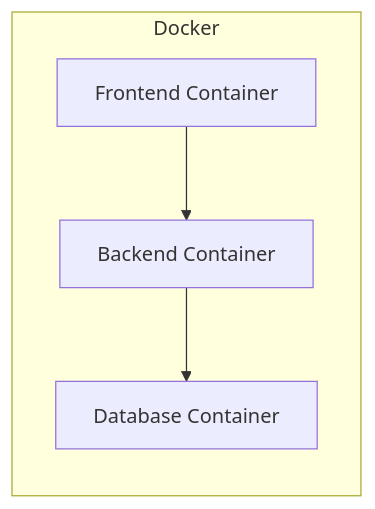
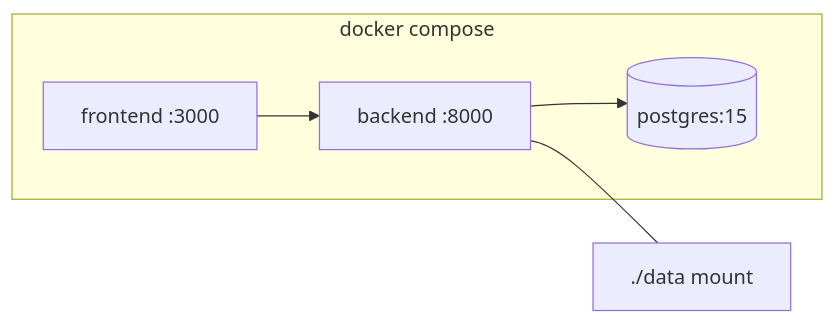
One commit to MinhNhatUet/7grass10wwind changed the second of 2 diagrams in ARCHITECTURE.md. Above: the diagram before and after it, drawn with Mermaid. The commit also changed other lines of this file and 3 other files, not shown here.

````diff
--- a/ARCHITECTURE.md
+++ b/ARCHITECTURE.md
@@ -86,9 +91,8 @@
 ```mermaid
 graph LR
-    subgraph Docker
-        FE[Frontend Container]
-        BE[Backend Container]
-        DB_C[Database Container]
+    subgraph docker compose
+        FE[frontend :3000] --> BE[backend :8000]
+        BE --> DB[(postgres:15)]
     end
-    FE --> BE --> DB_C
+    BE --- DATA[./data mount]
 ```
````
